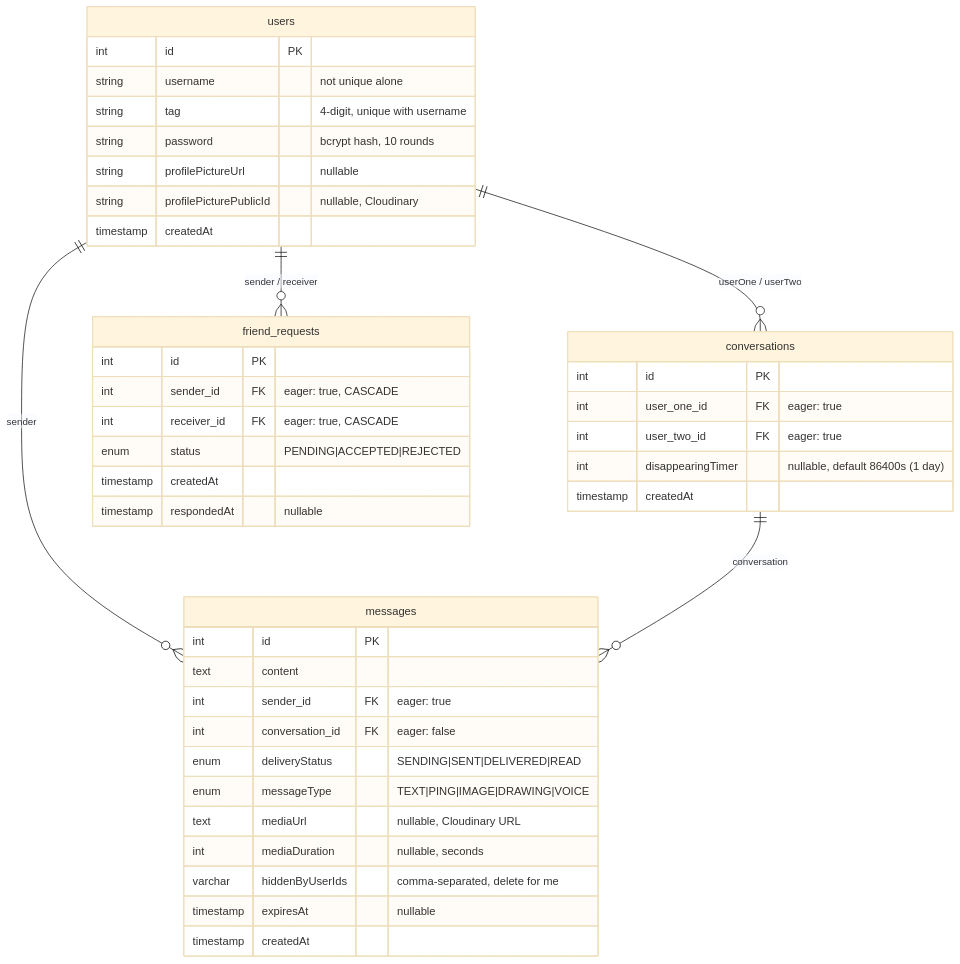
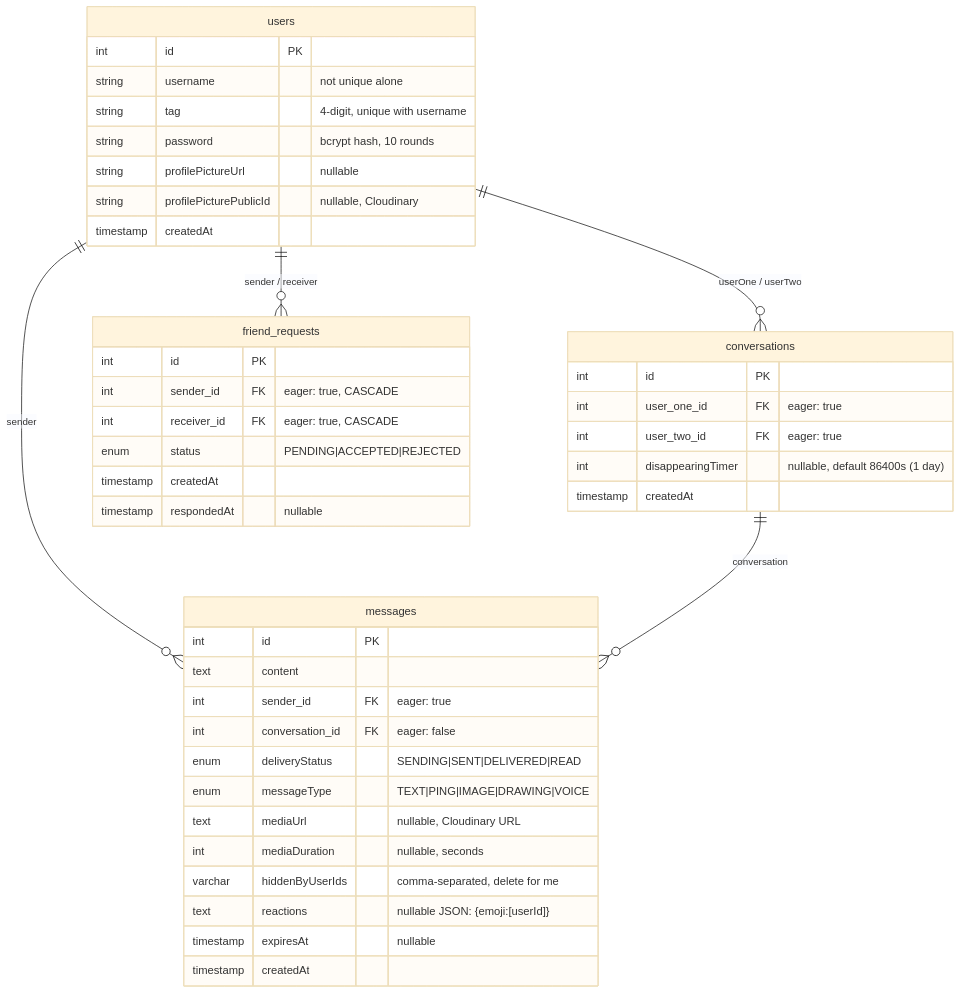
One commit to Lentach/mvp-chat-app changed the second of 3 diagrams in CLAUDE.md. Above: the diagram before and after it, drawn with Mermaid (base theme). The commit also changed other lines of this file and 11 other files, not shown here.

First line of the commit message:
feat: emoji reactions (Messenger/Slack-style)

````diff
--- a/CLAUDE.md
+++ b/CLAUDE.md
@@ -72,48 +72,49 @@
 ```mermaid
 erDiagram
     users ||--o{ conversations : "userOne / userTwo"
     users ||--o{ messages : "sender"
     users ||--o{ friend_requests : "sender / receiver"
     conversations ||--o{ messages : "conversation"
 
     users {
         int id PK
         string username "not unique alone"
         string tag "4-digit, unique with username"
         string password "bcrypt hash, 10 rounds"
         string profilePictureUrl "nullable"
         string profilePicturePublicId "nullable, Cloudinary"
         timestamp createdAt
     }
 
     conversations {
         int id PK
         int user_one_id FK "eager: true"
         int user_two_id FK "eager: true"
         int disappearingTimer "nullable, default 86400s (1 day)"
         timestamp createdAt
     }
 
     messages {
         int id PK
         text content
         int sender_id FK "eager: true"
         int conversation_id FK "eager: false"
         enum deliveryStatus "SENDING|SENT|DELIVERED|READ"
         enum messageType "TEXT|PING|IMAGE|DRAWING|VOICE"
         text mediaUrl "nullable, Cloudinary URL"
         int mediaDuration "nullable, seconds"
         varchar hiddenByUserIds "comma-separated, delete for me"
+        text reactions "nullable JSON: {emoji:[userId]}"
         timestamp expiresAt "nullable"
         timestamp createdAt
     }
 
     friend_requests {
         int id PK
         int sender_id FK "eager: true, CASCADE"
         int receiver_id FK "eager: true, CASCADE"
         enum status "PENDING|ACCEPTED|REJECTED"
         timestamp createdAt
         timestamp respondedAt "nullable"
     }
 ```
````
